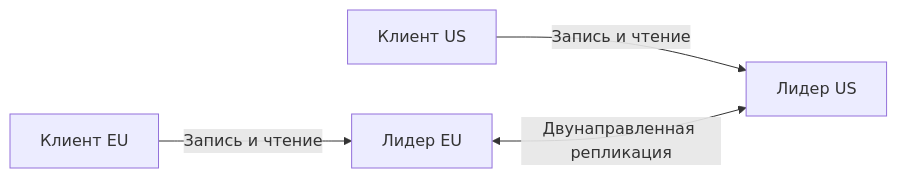
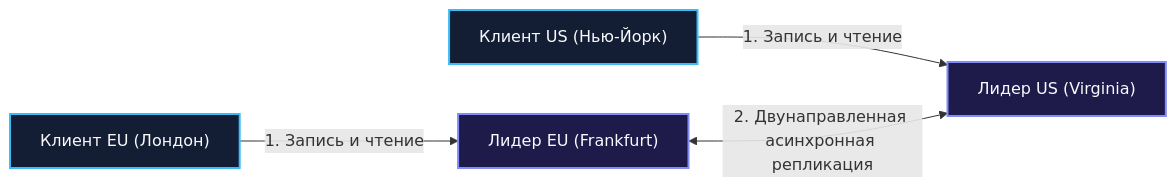
One commit to UnrealTemplier/go-textbook changed the second of 2 diagrams in sources/11. Архитектура и System Design/32. Репликация. Leader Follower и Multi Leader.md. Above: the diagram before and after it, drawn with Mermaid. The commit also changed other lines of this file, not shown here.

````diff
--- a/sources/11. Архитектура и System Design/32. Репликация. Leader Follower и Multi Leader.md
+++ b/sources/11. Архитектура и System Design/32. Репликация. Leader Follower и Multi Leader.md
@@ -64,11 +141,16 @@
 ```mermaid
 flowchart LR
-    ClientA["Клиент EU"]
-    ClientB["Клиент US"]
-    LeaderEU["Лидер EU"]
-    LeaderUS["Лидер US"]
+    ClientA["Клиент EU (Лондон)"]
+    ClientB["Клиент US (Нью-Йорк)"]
+    LeaderEU["Лидер EU (Frankfurt)"]
+    LeaderUS["Лидер US (Virginia)"]
 
-    ClientA -->|"Запись и чтение"| LeaderEU
-    ClientB -->|"Запись и чтение"| LeaderUS
-    LeaderEU <-->|"Двунаправленная репликация"| LeaderUS
+    ClientA -->|"1. Запись и чтение"| LeaderEU
+    ClientB -->|"1. Запись и чтение"| LeaderUS
+    LeaderEU <-->|"2. Двунаправленная асинхронная репликация"| LeaderUS
+
+    classDef client fill:#131d33,stroke:#38bdf8,stroke-width:2px,color:#f8fafc;
+    classDef leader fill:#1e1b4b,stroke:#818cf8,stroke-width:2px,color:#f8fafc;
+    class ClientA,ClientB client;
+    class LeaderEU,LeaderUS leader;
 ```
````
